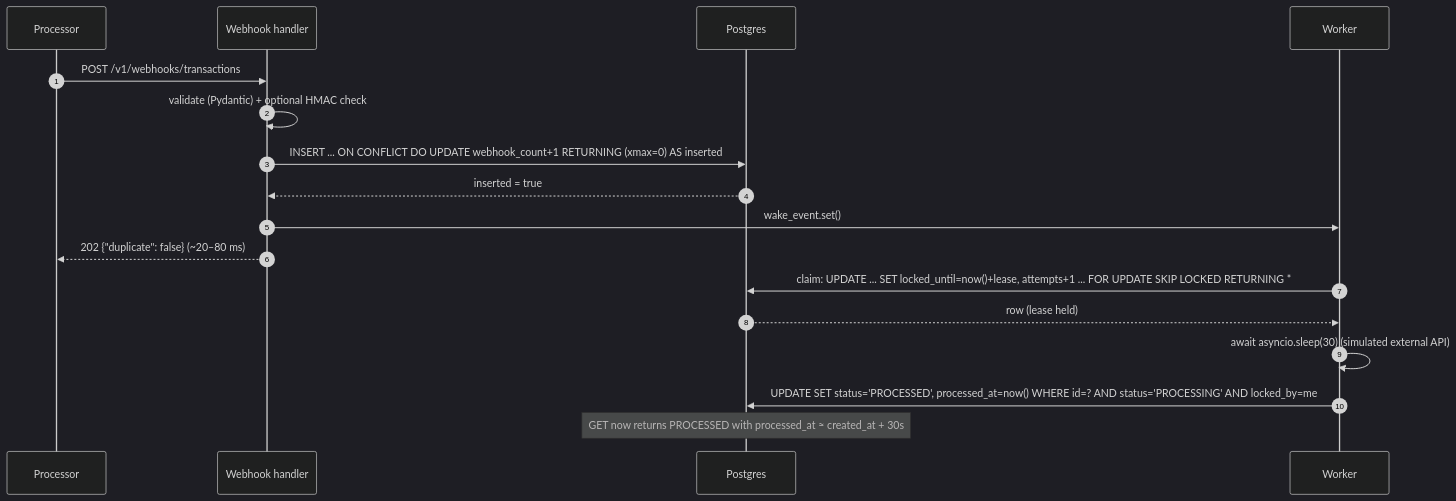
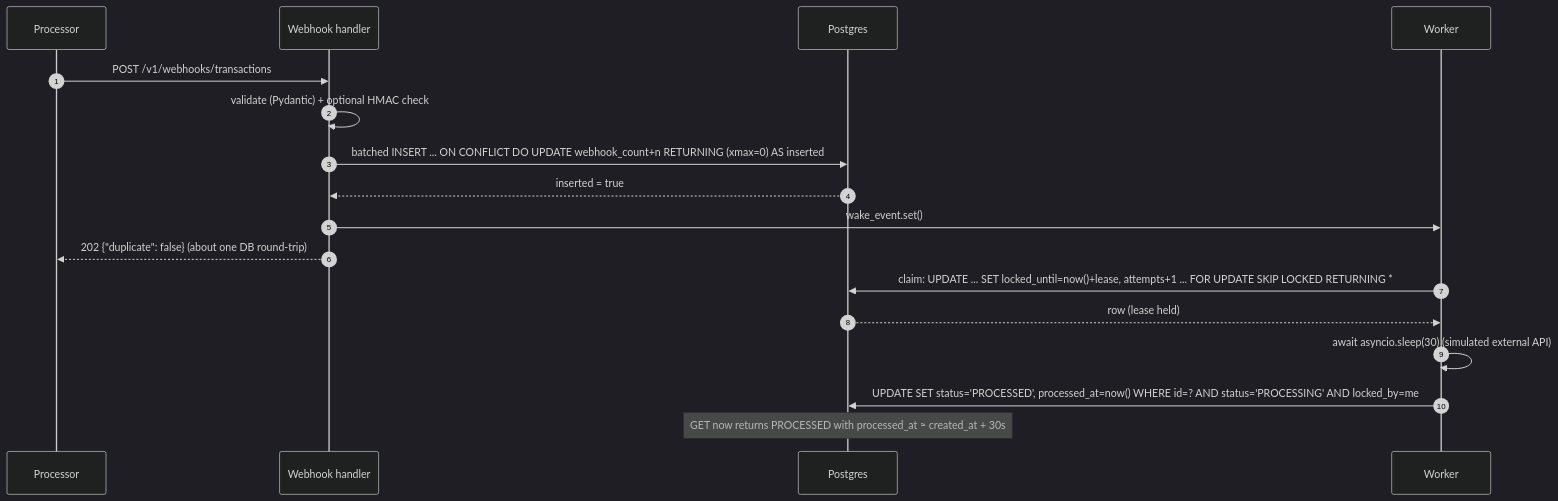
Before and after one commit to subashanraj/transaction-webhook-service: the third of 5 diagrams in docs/01-TECHNICAL-DESIGN.md, drawn with Mermaid (dark theme). The commit also changed other lines of this file, not shown here.

````diff
--- a/docs/01-TECHNICAL-DESIGN.md
+++ b/docs/01-TECHNICAL-DESIGN.md
@@ -251,19 +253,19 @@
 ```mermaid
 sequenceDiagram
     autonumber
     participant P as Processor
     participant A as Webhook handler
     participant D as Postgres
     participant W as Worker
     P->>A: POST /v1/webhooks/transactions
     A->>A: validate (Pydantic) + optional HMAC check
-    A->>D: INSERT ... ON CONFLICT DO UPDATE webhook_count+1 RETURNING (xmax=0) AS inserted
+    A->>D: batched INSERT ... ON CONFLICT DO UPDATE webhook_count+n RETURNING (xmax=0) AS inserted
     D-->>A: inserted = true
     A->>W: wake_event.set()
-    A-->>P: 202 {"duplicate": false}   (~20–80 ms)
+    A-->>P: 202 {"duplicate": false}   (about one DB round-trip)
     W->>D: claim: UPDATE ... SET locked_until=now()+lease, attempts+1 ... FOR UPDATE SKIP LOCKED RETURNING *
     D-->>W: row (lease held)
     W->>W: await asyncio.sleep(30)  (simulated external API)
     W->>D: UPDATE SET status='PROCESSED', processed_at=now() WHERE id=? AND status='PROCESSING' AND locked_by=me
     Note over D: GET now returns PROCESSED with processed_at ≈ created_at + 30s
 ```
````
